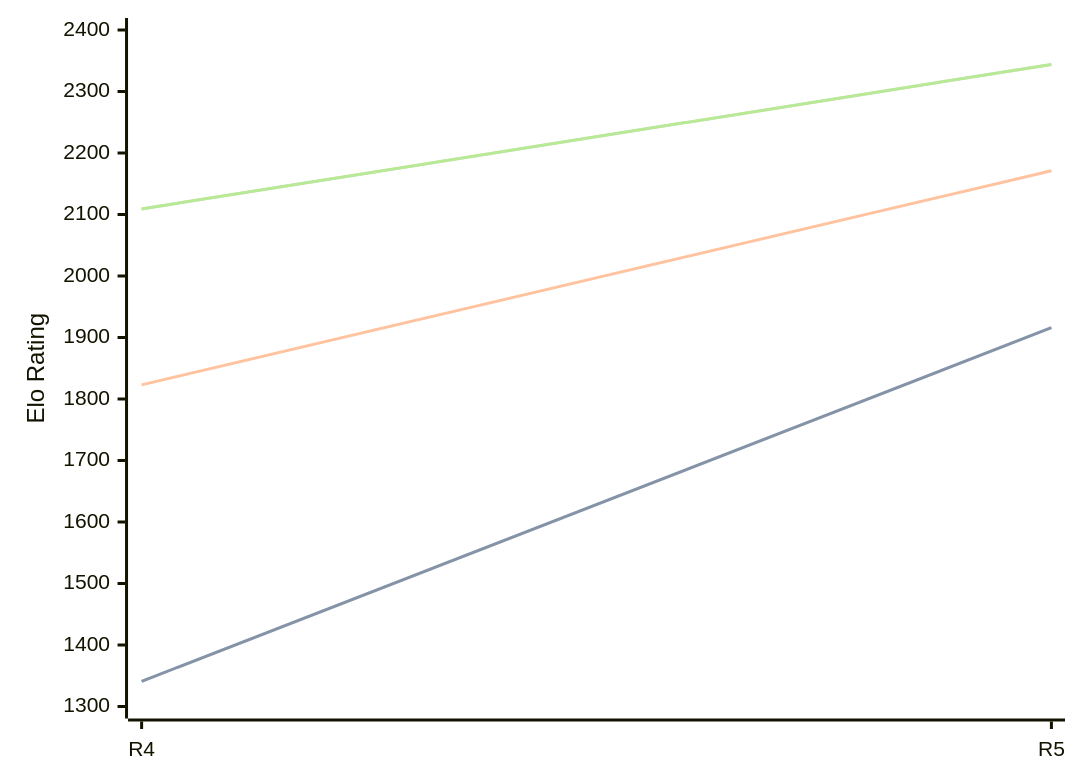
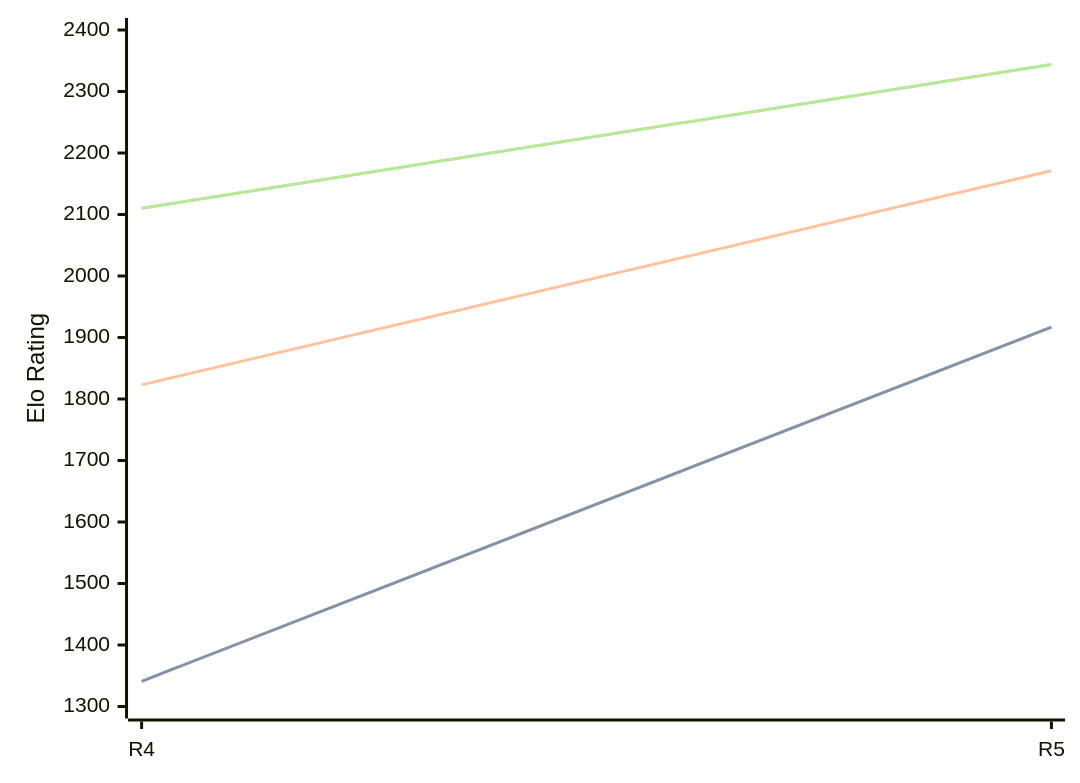
One commit to computer-chess-index/cci changed the first of 3 diagrams in engines/Viking.md. Above: the diagram before and after it, drawn with Mermaid. The commit also changed other lines of this file, not shown here.

Commit message:
Update CCI Ratings (ELO VLTC) - 2026-07-13

````diff
--- a/engines/Viking.md
+++ b/engines/Viking.md
@@ -35,11 +35,11 @@
 ```mermaid
 %%{init: {"theme":"base","themeVariables":{"seriesColors:['#a3a3a3','#222221','#faa371']}}}%%
 xychart-beta
   x-axis ["R4", "R5"]
   y-axis "Elo Rating" 1300 --> 2400
-  line "STC (8.0+0.08s)" [1341, 1916]
-  line "STC (8.0+0.08s)" [1341, 1916]
+  line "STC (8.0+0.08s)" [1341, 1917]
+  line "STC (8.0+0.08s)" [1341, 1917]
   line "LTC (60.0+0.60s)" [1823, 2171]
-  line "VLTC (2m24s+1.12s)" [2109, 2344]
-  line "VLTC (2m24s+1.12s)" [2109, 2344]
+  line "VLTC (2m24s+1.12s)" [2110, 2344]
+  line "VLTC (2m24s+1.12s)" [2110, 2344]
 ```
````
